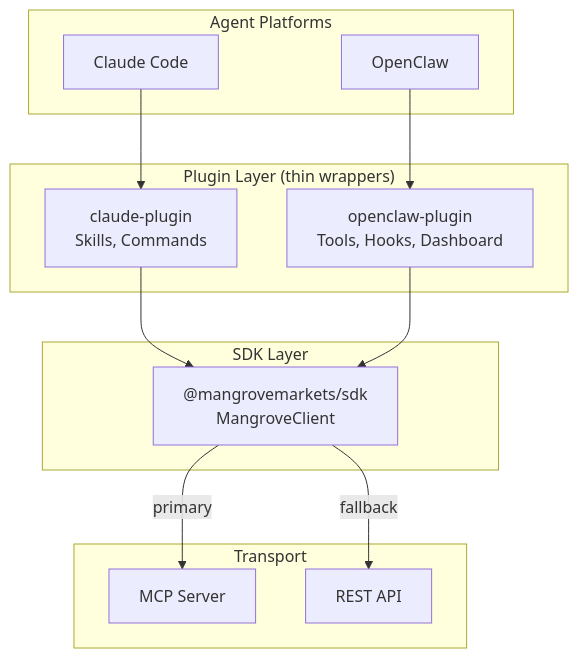
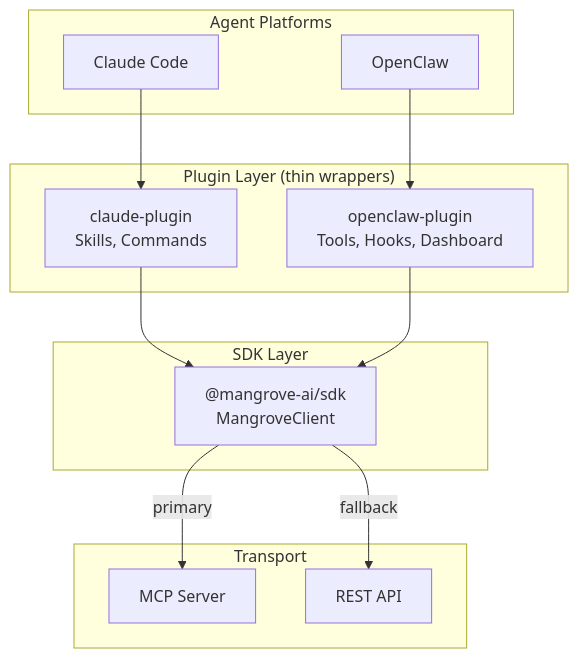
Before and after one commit to MangroveTechnologies/MangroveMarkets: the first of 3 diagrams in docs/plans/2026-02-28-plugins-design.md, drawn with Mermaid. The commit also changed other lines of this file and 33 other files, not shown here.

````diff
--- a/docs/plans/2026-02-28-plugins-design.md
+++ b/docs/plans/2026-02-28-plugins-design.md
@@ -19,28 +19,28 @@
 ```mermaid
 graph TD
     subgraph "Agent Platforms"
         CC[Claude Code]
         OC[OpenClaw]
     end
 
     subgraph "Plugin Layer (thin wrappers)"
         CP[claude-plugin<br/>Skills, Commands]
         OP[openclaw-plugin<br/>Tools, Hooks, Dashboard]
     end
 
     subgraph "SDK Layer"
-        SDK["@mangrovemarkets/sdk<br/>MangroveClient"]
+        SDK["@mangrove-ai/sdk<br/>MangroveClient"]
     end
 
     subgraph "Transport"
         MCP[MCP Server]
         REST[REST API]
     end
 
     CC --> CP
     OC --> OP
     CP --> SDK
     OP --> SDK
     SDK -->|primary| MCP
     SDK -->|fallback| REST
 ```
````
